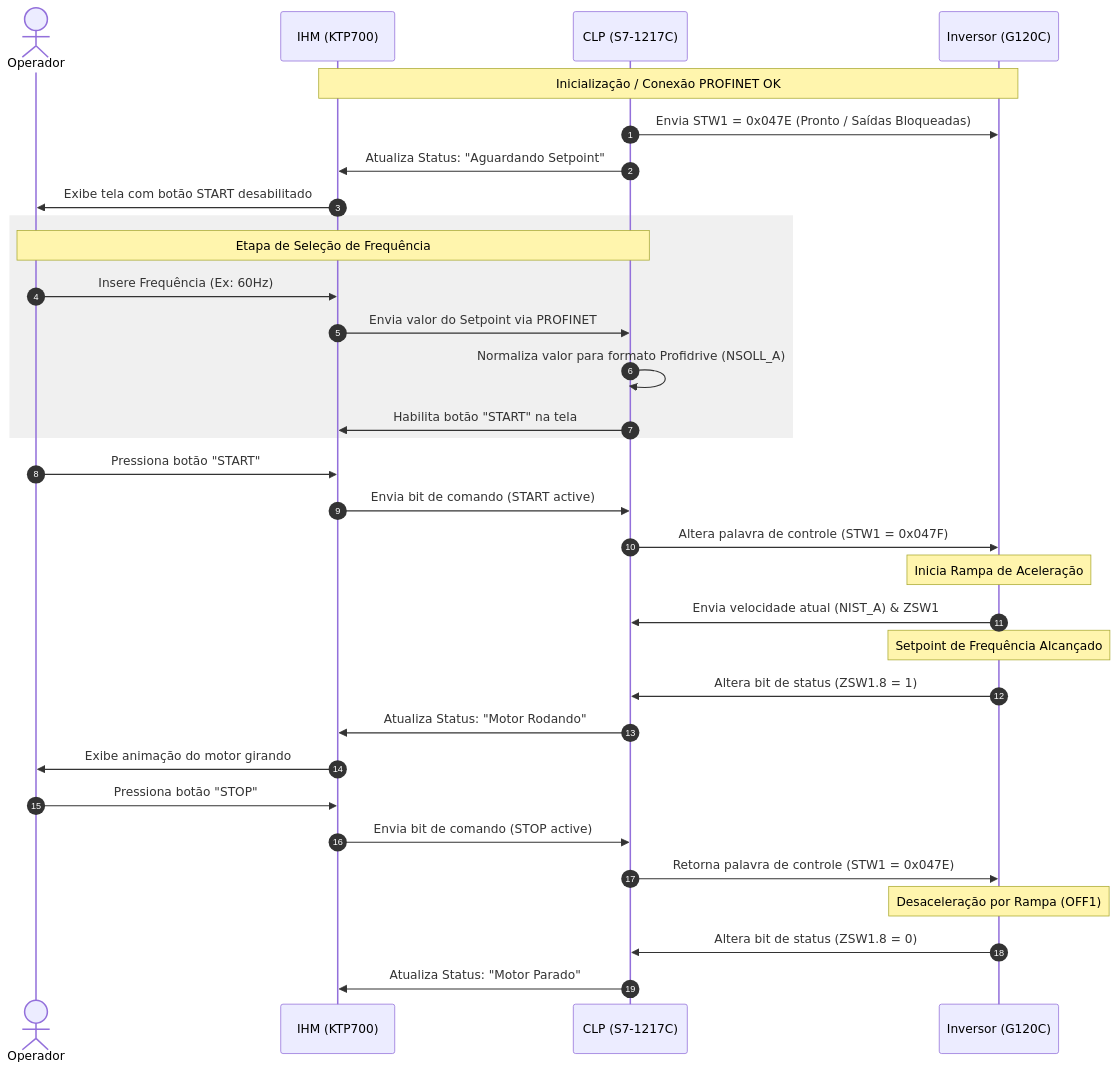
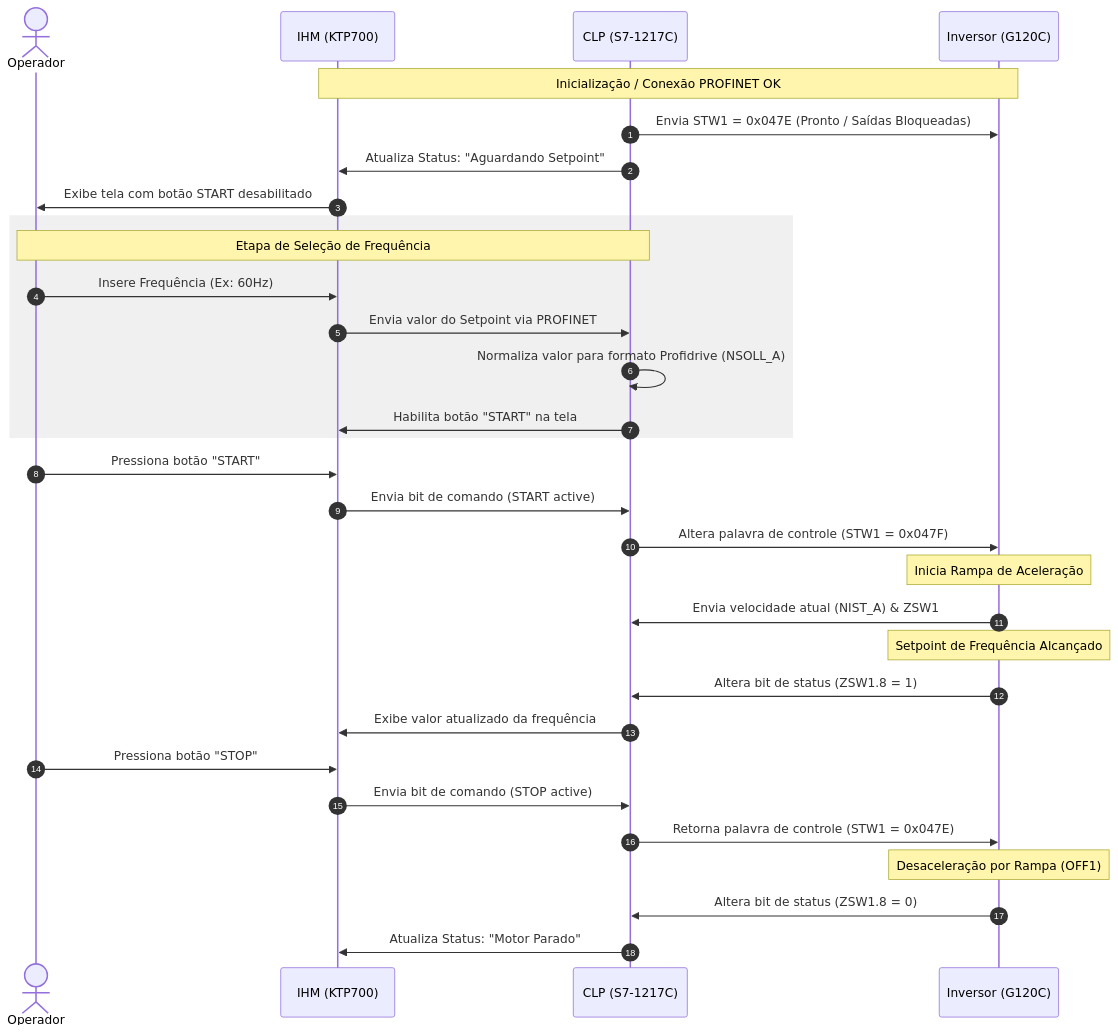
One commit to Scheeffer/Project_Nexus changed the third of 3 diagrams in rede-profinet/README.md. Above: the diagram before and after it, drawn with Mermaid. The commit also changed other lines of this file, not shown here.

````diff
--- a/rede-profinet/README.md
+++ b/rede-profinet/README.md
@@ -108,43 +109,43 @@
 ```mermaid
 sequenceDiagram
     autonumber
     actor Operador
     participant IHM as IHM (KTP700)
     participant CLP as CLP (S7-1217C)
     participant G120 as Inversor (G120C)
 
     Note over IHM, G120: Inicialização / Conexão PROFINET OK
     CLP->>G120: Envia STW1 = 0x047E (Pronto / Saídas Bloqueadas)
     CLP->>IHM: Atualiza Status: "Aguardando Setpoint"
     IHM->>Operador: Exibe tela com botão START desabilitado
 
     %% Etapa de Seleção de Frequência
     rect rgb(240, 240, 240)
         Note over Operador, CLP: Etapa de Seleção de Frequência
         Operador->>IHM: Insere Frequência (Ex: 60Hz)
         IHM->>CLP: Envia valor do Setpoint via PROFINET
         CLP->>CLP: Normaliza valor para formato Profidrive (NSOLL_A)
         CLP->>IHM: Habilita botão "START" na tela
     end
 
     %% Partida do Motor
     Operador->>IHM: Pressiona botão "START"
     IHM->>CLP: Envia bit de comando (START active)
     CLP->>G120: Altera palavra de controle (STW1 = 0x047F)
     Note over G120: Inicia Rampa de Aceleração
     G120->>CLP: Envia velocidade atual (NIST_A) & ZSW1
     
-    %% Motor Rodando
+    %% Frequência Alcançada
     Note over G120: Setpoint de Frequência Alcançado
     G120->>CLP: Altera bit de status (ZSW1.8 = 1)
-    CLP->>IHM: Atualiza Status: "Motor Rodando"
-    IHM->>Operador: Exibe animação do motor girando
+    CLP->>IHM: Exibe valor atualizado da frequência
+ 
 
     %% Parada do Motor
     Operador->>IHM: Pressiona botão "STOP"
     IHM->>CLP: Envia bit de comando (STOP active)
     CLP->>G120: Retorna palavra de controle (STW1 = 0x047E)
     Note over G120: Desaceleração por Rampa (OFF1)
     G120->>CLP: Altera bit de status (ZSW1.8 = 0)
     CLP->>IHM: Atualiza Status: "Motor Parado"
 ```
````
